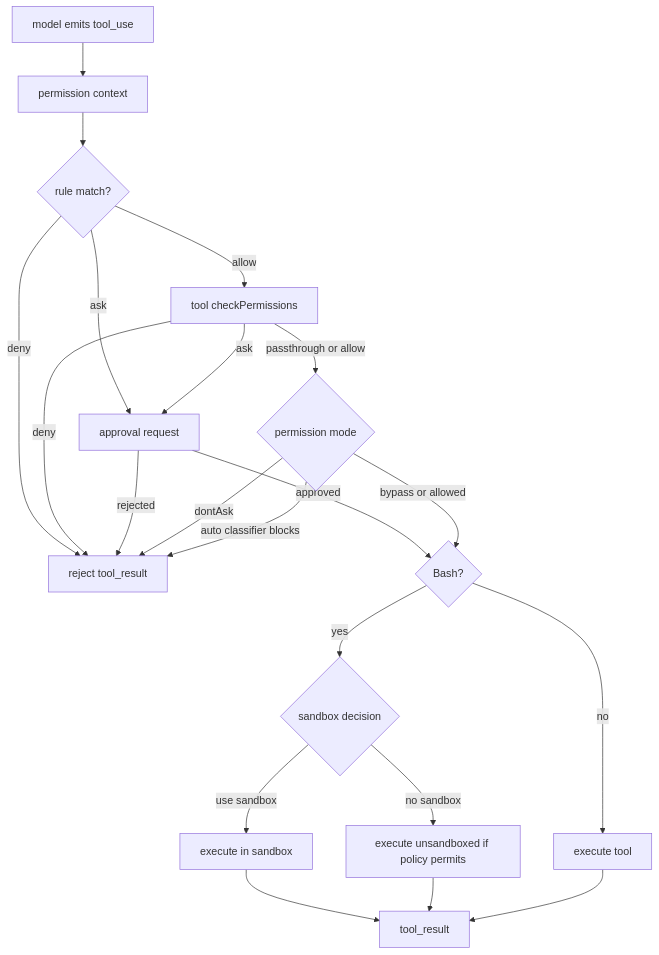
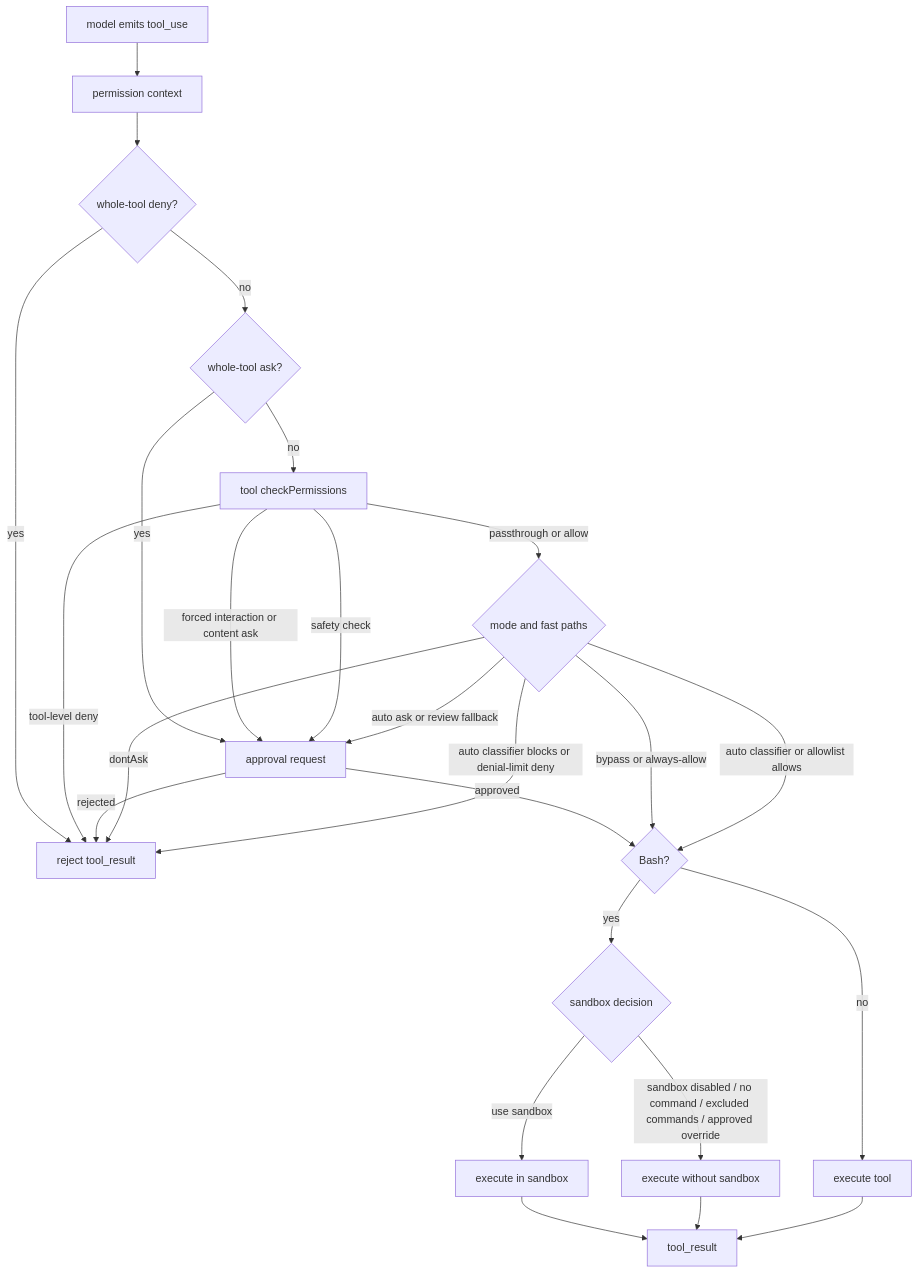
The diagram in ai/claude-code-source/06-permission-and-sandbox.md (buoylee/interview), drawn with Mermaid before and after one commit. The commit also changed other lines of this file and 2 other files, not shown here.

Commit message:
docs: correct permission and edit semantics

````diff
--- a/ai/claude-code-source/06-permission-and-sandbox.md
+++ b/ai/claude-code-source/06-permission-and-sandbox.md
@@ -107,23 +107,27 @@
 ```mermaid
 flowchart TD
   A["model emits tool_use"] --> B["permission context"]
-  B --> C{"rule match?"}
-  C -->|deny| R["reject tool_result"]
-  C -->|allow| D["tool checkPermissions"]
-  C -->|ask| E["approval request"]
-  D -->|deny| R
-  D -->|ask| E
-  D -->|passthrough or allow| F{"permission mode"}
+  B --> C{"whole-tool deny?"}
+  C -->|yes| R["reject tool_result"]
+  C -->|no| D{"whole-tool ask?"}
+  D -->|yes| E["approval request"]
+  D -->|no| T["tool checkPermissions"]
+  T -->|tool-level deny| R
+  T -->|forced interaction or content ask| E
+  T -->|safety check| E
+  T -->|passthrough or allow| F{"mode and fast paths"}
   E -->|rejected| R
   E -->|approved| G{"Bash?"}
   F -->|dontAsk| R
-  F -->|auto classifier blocks| R
-  F -->|bypass or allowed| G
+  F -->|bypass or always-allow| G
+  F -->|auto classifier or allowlist allows| G
+  F -->|auto classifier blocks or denial-limit deny| R
+  F -->|auto ask or review fallback| E
   G -->|no| X["execute tool"]
   G -->|yes| S{"sandbox decision"}
   S -->|use sandbox| XS["execute in sandbox"]
-  S -->|no sandbox| XU["execute unsandboxed if policy permits"]
+  S -->|sandbox disabled / no command / excluded commands / approved override| XU["execute without sandbox"]
   XS --> O["tool_result"]
   XU --> O
   X --> O
 ```
````
